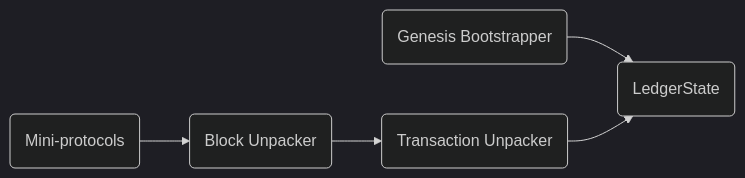
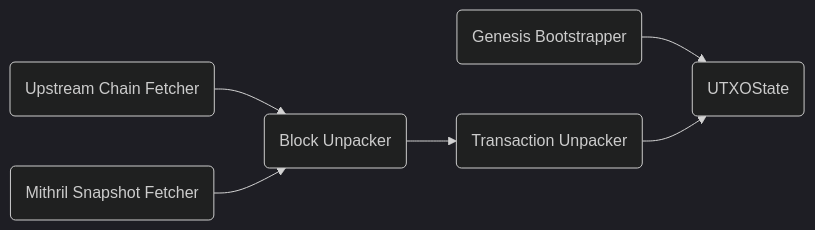
Before and after one commit to input-output-hk/acropolis: the second of 2 diagrams in README.md, drawn with Mermaid (dark theme). The commit also changed other lines of this file and 6 other files, not shown here.

````diff
--- a/README.md
+++ b/README.md
@@ -56,14 +58,16 @@
 ```mermaid
 graph LR
 
-   Miniprotocols(Mini-protocols)
+   UpstreamChainFetcher(Upstream Chain Fetcher)
    GenesisBootstrapper(Genesis Bootstrapper)
+   MithrilSnapshotFetcher(Mithril Snapshot Fetcher)
    BlockUnpacker(Block Unpacker)
    TxUnpacker(Transaction Unpacker)
-   LedgerState(LedgerState)
+   UTXOState(UTXOState)
 
-   Miniprotocols --> BlockUnpacker
+   UpstreamChainFetcher --> BlockUnpacker
+   MithrilSnapshotFetcher --> BlockUnpacker
    BlockUnpacker --> TxUnpacker
-   GenesisBootstrapper --> LedgerState
-   TxUnpacker --> LedgerState
+   GenesisBootstrapper --> UTXOState
+   TxUnpacker --> UTXOState
 ```
````
